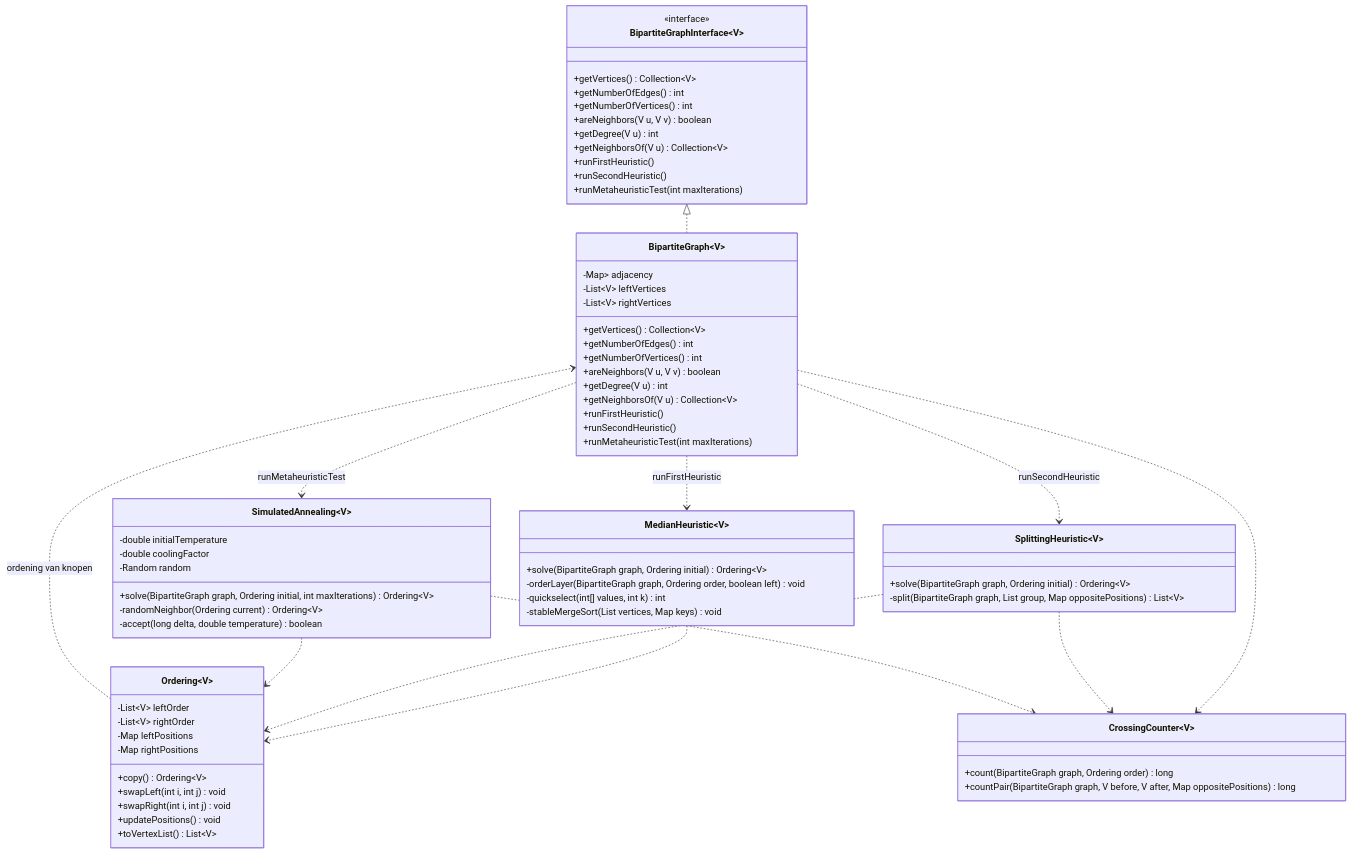
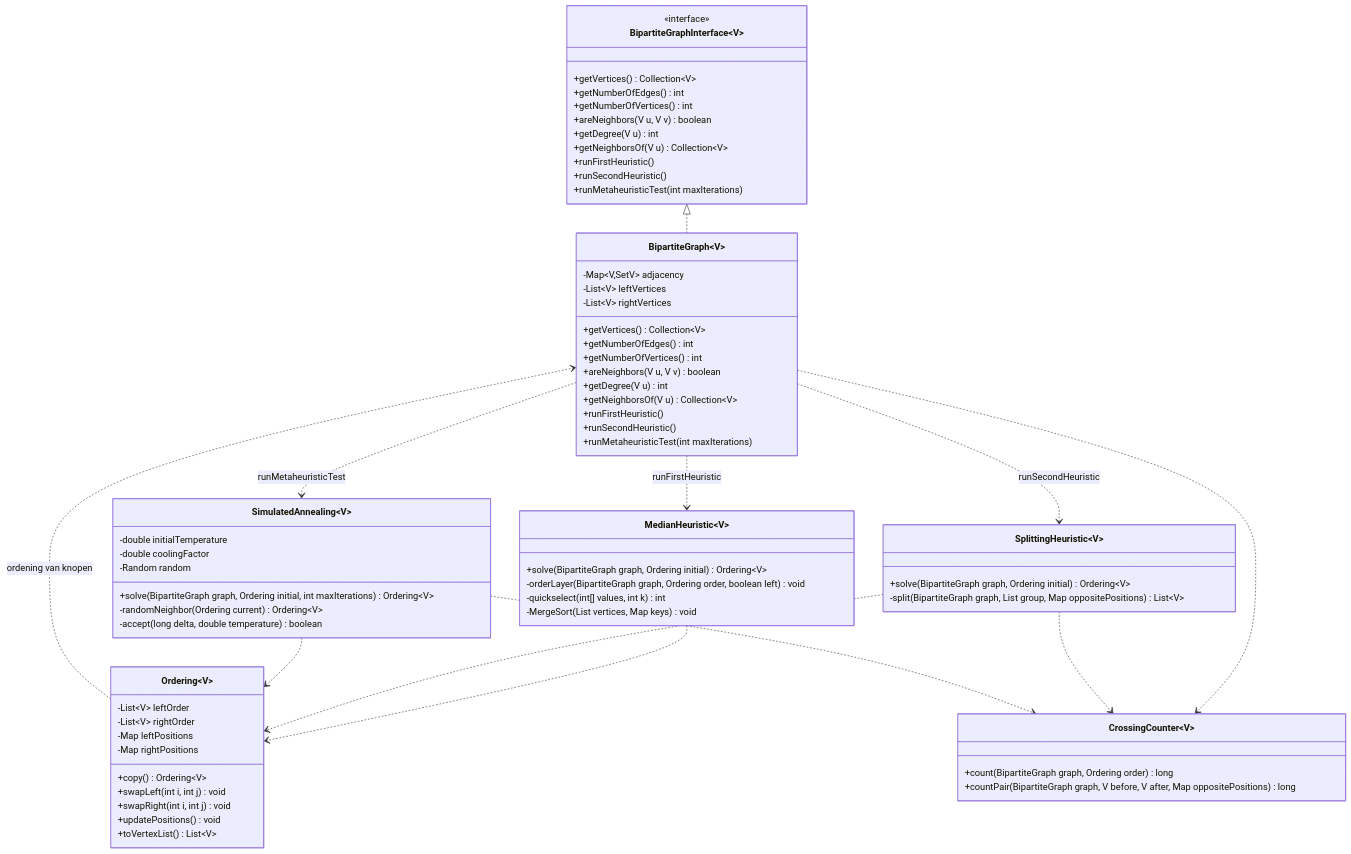
One commit to Turie830/GegevensstructurenProject changed the fourth of 4 diagrams in README.md. Above: the diagram before and after it, drawn with Mermaid. The commit also changed other lines of this file, not shown here.

Commit message:
Replace stableMergeSort with MergeSort in README
Fix formatting issues in README.md

Fix formatting issues in README.md

fix

Correct adjacency map formatting in README

Fix formatting issues in the BipartiteGraph class declaration.

```diff
--- a/README.md
+++ b/README.md
@@ -233,7 +233,7 @@
     }
 
     class BipartiteGraph~V~ {
-        -Map<V, Set<V>> adjacency
+        -Map~V,SetV~ adjacency
         -List~V~ leftVertices
         -List~V~ rightVertices
         +getVertices() Collection~V~
@@ -263,7 +263,7 @@
         +solve(BipartiteGraph graph, Ordering initial) Ordering~V~
         -orderLayer(BipartiteGraph graph, Ordering order, boolean left) void
         -quickselect(int[] values, int k) int
-        -stableMergeSort(List vertices, Map keys) void
+        -MergeSort(List vertices, Map keys) void
     }
 
     class SplittingHeuristic~V~ {
```
